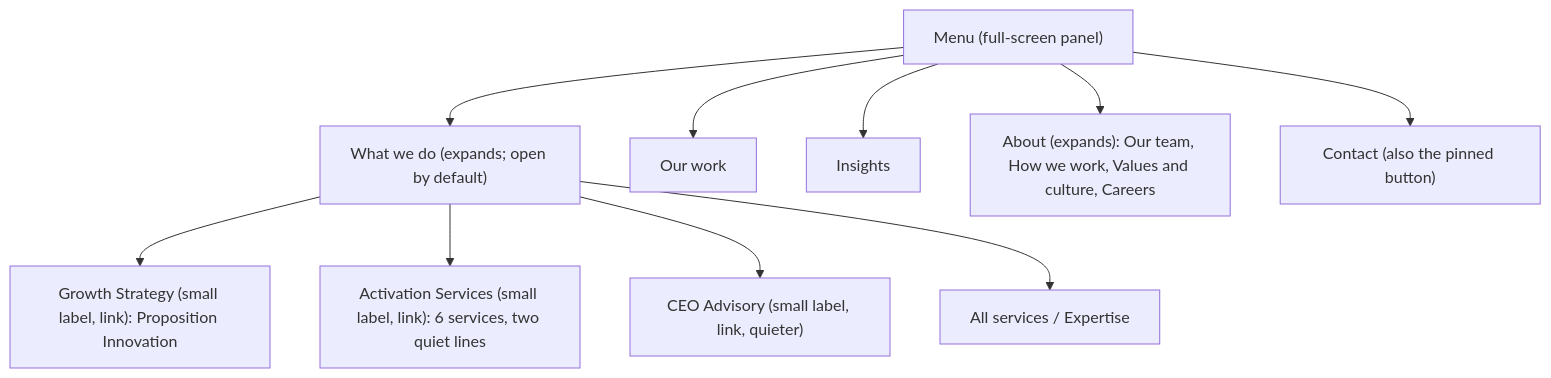
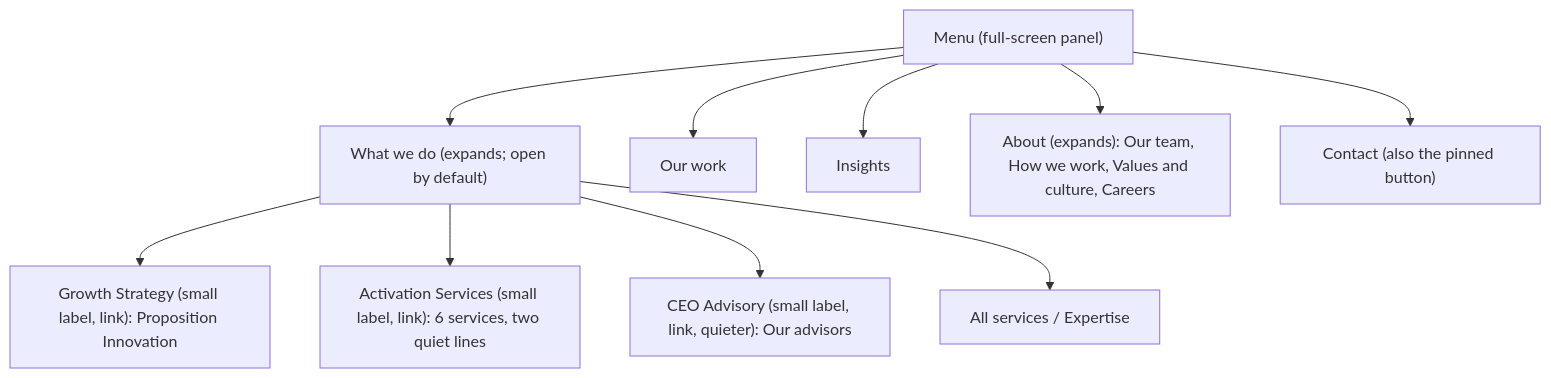
Before and after one commit to gsdd/temp-manifesto-ia: the fifth of 6 diagrams in docs/diagrams/mega-nav.md, drawn with Mermaid. The commit also changed other lines of this file and 13 other files, not shown here.

Commit message:
v5 IA docs: Source G, one quiet advisors link and two-link footer row in the mega-nav, Services hub as the Growth Architecture story with problem entry, service template with proof under the offer, anchored frameworks, decisions D-46 to D-53, competitor label evidence, README

````diff
--- a/docs/diagrams/mega-nav.md
+++ b/docs/diagrams/mega-nav.md
@@ -90,13 +89,13 @@
 ```mermaid
 flowchart TB
     M["Menu (full-screen panel)"]
     M --> M1["What we do (expands; open by default)"]
     M1 --> M1a["Growth Strategy (small label, link): Proposition Innovation"]
     M1 --> M1b["Activation Services (small label, link): 6 services, two quiet lines"]
-    M1 --> M1c["CEO Advisory (small label, link, quieter)"]
+    M1 --> M1c["CEO Advisory (small label, link, quieter): Our advisors"]
     M1 --> M1d["All services / Expertise"]
     M --> M2["Our work"]
     M --> M3["Insights"]
     M --> M4["About (expands): Our team, How we work, Values and culture, Careers"]
     M --> M5["Contact (also the pinned button)"]
 ```
````
